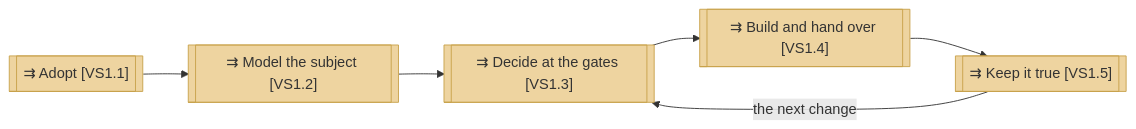
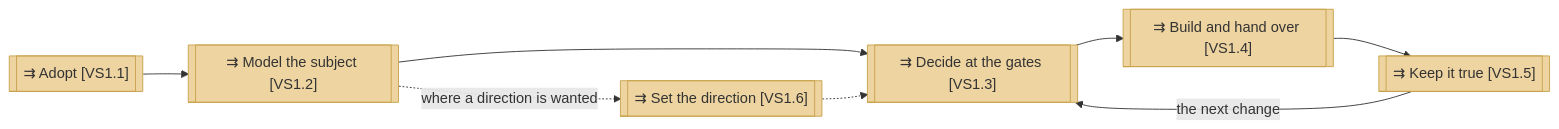
The second of 2 diagrams in product-archreator/architecture/1_strategy/3_value-stream.md (roanboc/architecture-archreator), drawn with Mermaid before and after one commit. The commit also changed other lines of this file and 15 other files, not shown here.

````diff
--- a/product-archreator/architecture/1_strategy/3_value-stream.md
+++ b/product-archreator/architecture/1_strategy/3_value-stream.md
@@ -32,13 +32,16 @@
 ```mermaid
 flowchart LR
   vs1[["⇉ Adopt [VS1.1]"]]:::stage
   vs2[["⇉ Model the subject [VS1.2]"]]:::stage
+  vs6[["⇉ Set the direction [VS1.6]"]]:::stage
   vs3[["⇉ Decide at the gates [VS1.3]"]]:::stage
   vs4[["⇉ Build and hand over [VS1.4]"]]:::stage
   vs5[["⇉ Keep it true [VS1.5]"]]:::stage
 
   vs1 --> vs2 --> vs3 --> vs4 --> vs5
+  vs2 -.->|where a direction is wanted| vs6
+  vs6 -.-> vs3
   vs5 -->|the next change| vs3
 
   classDef stage fill:#eed4a0,stroke:#c8a24a,color:#333
 ```
````
